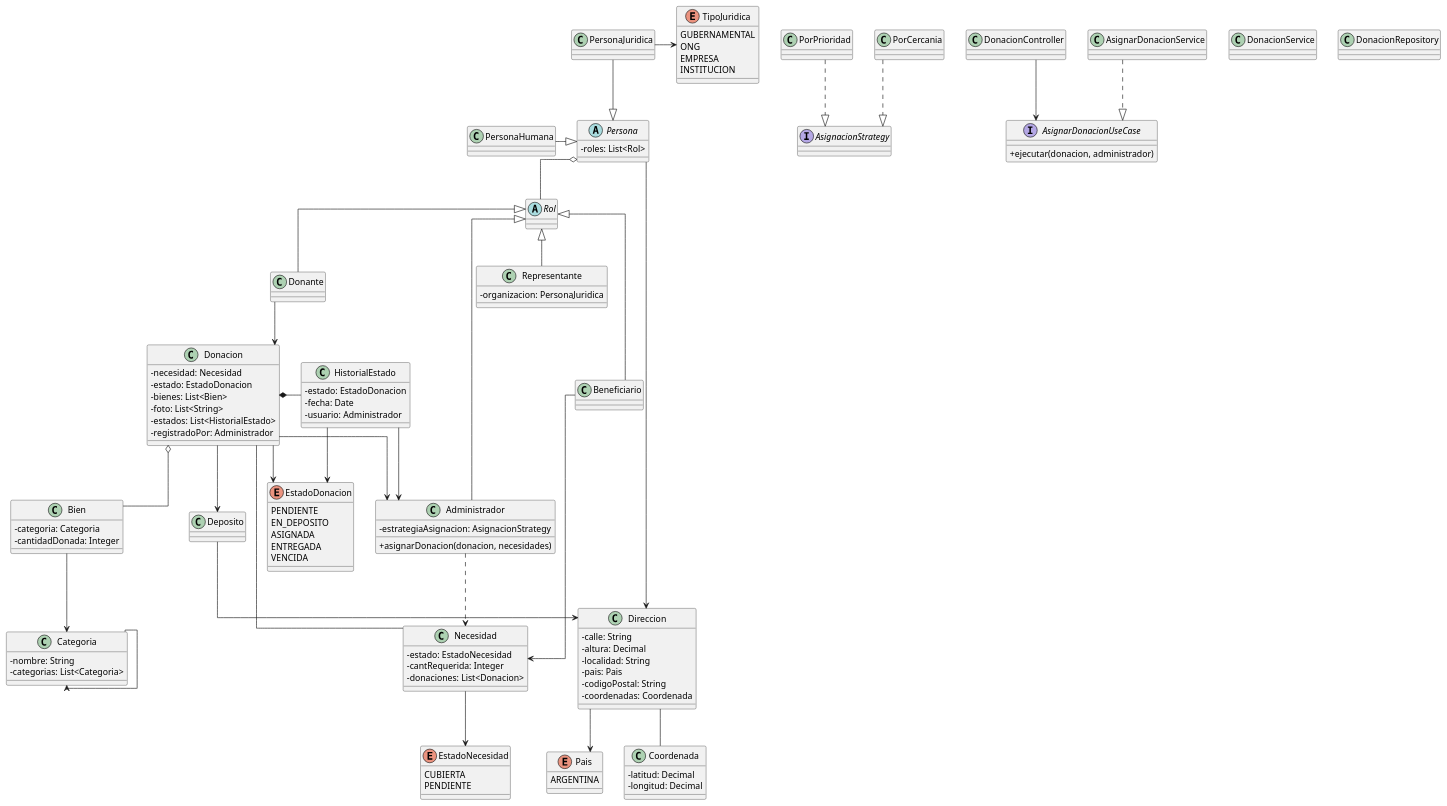
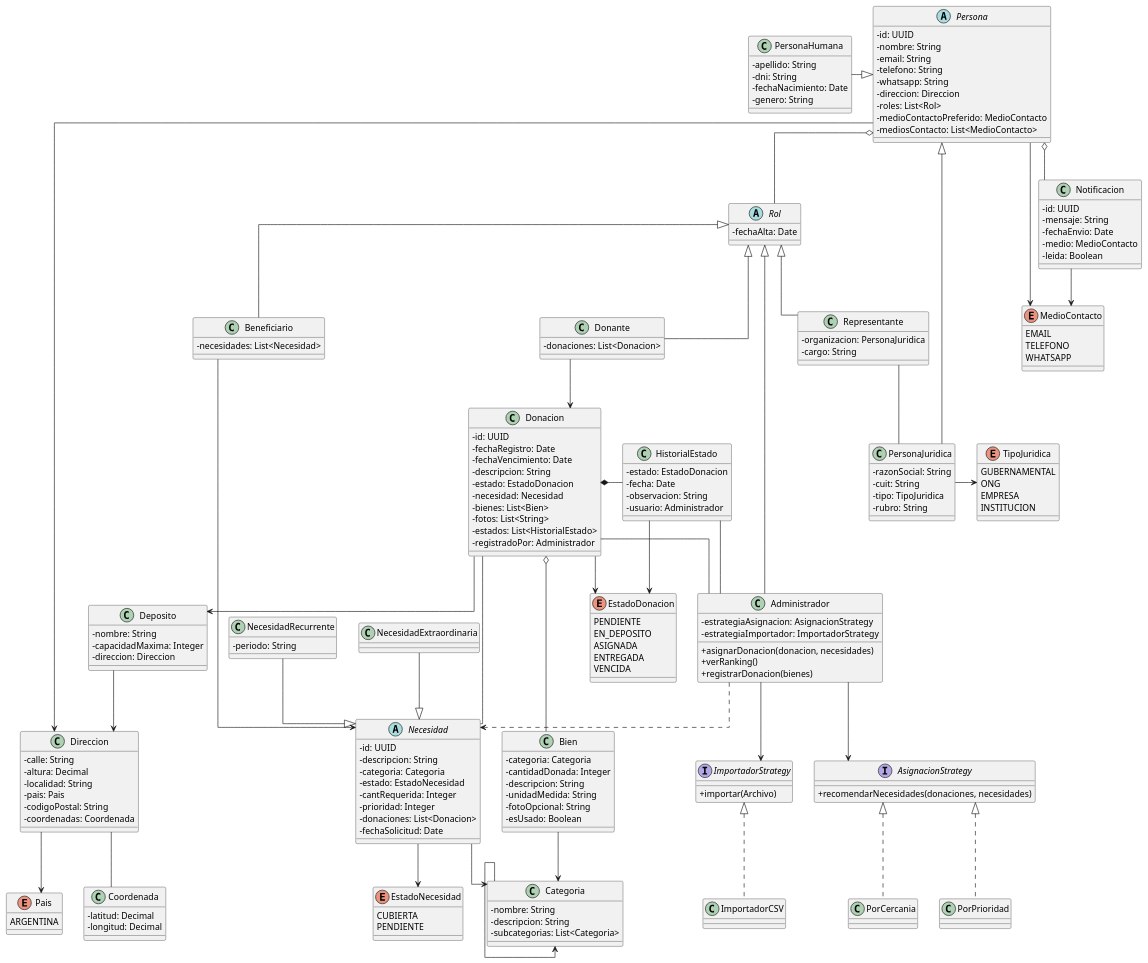
One commit to matefernandezcc/DonaTrack changed the diagram in diagramas/donaciones/ServicioDonacion.puml. Above: the diagram before and after it, drawn with PlantUML.

Commit message:
📃 Docs: Update diagrama Servicio Donaciones

```diff
--- a/diagramas/donaciones/ServicioDonacion.puml
+++ b/diagramas/donaciones/ServicioDonacion.puml
@@ -4,46 +4,69 @@
 
 ' ====== IDENTIDAD Y ROLES ======
 abstract class Persona {
+    - id: UUID
+    - nombre: String
+    - email: String
+    - telefono: String
+    - whatsapp: String
+    - direccion: Direccion
     - roles: List<Rol>
+    - medioContactoPreferido: MedioContacto
+    - mediosContacto: List<MedioContacto>
 }
 
-class PersonaHumana {}
-class PersonaJuridica {}
+class PersonaHumana {
+    - apellido: String
+    - dni: String
+    - fechaNacimiento: Date
+    - genero: String
+}
 
-PersonaHumana -|> Persona
-PersonaJuridica --|> Persona
+class PersonaJuridica {
+    - razonSocial: String
+    - cuit: String
+    - tipo: TipoJuridica
+    - rubro: String
+}
 
-abstract class Rol
+abstract class Rol {
+    - fechaAlta: Date
+}
 
 class Representante {
     - organizacion: PersonaJuridica
+    - cargo: String
 }
 
-class Beneficiario
-class Donante
-class Administrador{
-- estrategiaAsignacion: AsignacionStrategy
-+ asignarDonacion(donacion, necesidades)
+class Beneficiario {
+    - necesidades: List<Necesidad>
 }
 
-Administrador ..> Necesidad
+class Donante {
+    - donaciones: List<Donacion>
+}
 
-interface AsignacionStrategy
+class Administrador {
+    - estrategiaAsignacion: AsignacionStrategy
+    - estrategiaImportador: ImportadorStrategy
+    + asignarDonacion(donacion, necesidades)
+    + verRanking()
+    + registrarDonacion(bienes)
+}
+
+interface AsignacionStrategy {
+    + recomendarNecesidades(donaciones, necesidades)
+}
+
 class PorPrioridad
 class PorCercania
 
-PorPrioridad ..|> AsignacionStrategy
-PorCercania ..|> AsignacionStrategy
+interface ImportadorStrategy {
+    + importar(Archivo)
+}
 
+class ImportadorCSV
 
-Representante --up|> Rol
-Donante --up|> Rol
-Administrador --up|> Rol
-Beneficiario --up|> Rol
-
-Persona o-- Rol
-
-' ====== JURIDICA ======
 enum TipoJuridica {
     GUBERNAMENTAL
     ONG
@@ -51,67 +74,75 @@
     INSTITUCION
 }
 
-PersonaJuridica -> TipoJuridica
+enum MedioContacto {
+    EMAIL
+    TELEFONO
+    WHATSAPP
+}
+
+
 
 ' ====== LOCALIZACION ======
 class Direccion {
-- calle: String
-- altura: Decimal
-- localidad: String
-- pais: Pais
-- codigoPostal: String
-- coordenadas: Coordenada
+    - calle: String
+    - altura: Decimal
+    - localidad: String
+    - pais: Pais
+    - codigoPostal: String
+    - coordenadas: Coordenada
 }
 
 class Coordenada {
-- latitud: Decimal
-- longitud: Decimal
+    - latitud: Decimal
+    - longitud: Decimal
 }
 
 class Deposito {
+    - nombre: String
+    - capacidadMaxima: Integer
+    - direccion: Direccion
 }
-Deposito --> Direccion
 
 enum Pais {
     ARGENTINA
 }
 
-Direccion --> Pais
-Persona --> Direccion
-Direccion -- Coordenada
 
 ' ====== DONACION Y BIENES ======
 class Donacion {
-- necesidad: Necesidad
-- estado: EstadoDonacion
-- bienes: List<Bien>
-- foto: List<String>
-- estados: List<HistorialEstado>
-- registradoPor: Administrador
+    - id: UUID
+    - fechaRegistro: Date
+    - fechaVencimiento: Date
+    - descripcion: String
+    - estado: EstadoDonacion
+    - necesidad: Necesidad
+    - bienes: List<Bien>
+    - fotos: List<String>
+    - estados: List<HistorialEstado>
+    - registradoPor: Administrador
 }
 
 class Bien {
-- categoria: Categoria
-- cantidadDonada: Integer
+    - categoria: Categoria
+    - cantidadDonada: Integer
+    - descripcion: String
+    - unidadMedida: String
+    - fotoOpcional: String
+    - esUsado: Boolean
 }
 
-class Categoria{
-- nombre: String
-- categorias: List<Categoria>
+class Categoria {
+    - nombre: String
+    - descripcion: String
+    - subcategorias: List<Categoria>
 }
 
-class HistorialEstado{
-- estado: EstadoDonacion
-- fecha: Date
-- usuario: Administrador
+class HistorialEstado {
+    - estado: EstadoDonacion
+    - fecha: Date
+    - observacion: String
+    - usuario: Administrador
 }
-
-
-HistorialEstado --> Administrador
-HistorialEstado --> EstadoDonacion
-
-Bien --> Categoria
-Categoria --> Categoria
 
 enum EstadoDonacion {
     PENDIENTE
@@ -121,23 +152,23 @@
     VENCIDA
 }
 
-Donacion --> Administrador
-Donacion *- HistorialEstado
-Donacion -- Necesidad
-Donacion --> Deposito
-Donacion --> EstadoDonacion
-Donacion o-- Bien
-
-'note bottom of Bien
-'posible patron composite porq hay
-'Categorias y Subcategorias
-'end note
 
 ' ====== DOMINIO DONACIONES ======
-class Necesidad {
-- estado: EstadoNecesidad
-- cantRequerida: Integer
-- donaciones: List<Donacion>
+abstract class Necesidad {
+    - id: UUID
+    - descripcion: String
+    - categoria: Categoria
+    - estado: EstadoNecesidad
+    - cantRequerida: Integer
+    - prioridad: Integer
+    - donaciones: List<Donacion>
+    - fechaSolicitud: Date
+}
+
+class NecesidadExtraordinaria {}
+
+class NecesidadRecurrente {
+    - periodo: String 
 }
 
 enum EstadoNecesidad {
@@ -145,23 +176,67 @@
     PENDIENTE
 }
 
-Necesidad --> EstadoNecesidad
-Donante --> Donacion
-Beneficiario -> Necesidad
-
-' ====== Ports y Adapters ======
-class DonacionController {}
-class DonacionService {}
-class DonacionRepository {}
-
-DonacionController --> AsignarDonacionUseCase
-AsignarDonacionService ..|> AsignarDonacionUseCase
-
-interface AsignarDonacionUseCase{
-+ ejecutar(donacion, administrador)
+class Notificacion {
+    - id: UUID
+    - mensaje: String
+    - fechaEnvio: Date
+    - medio: MedioContacto
+    - leida: Boolean
 }
 
+Persona o-- Notificacion
+Notificacion --> MedioContacto
 
 
+' ====== RELACIONES ======
+
+PersonaHumana -|> Persona
+PersonaJuridica --|> Persona
+
+Representante -- PersonaJuridica
+Representante --up|> Rol
+Donante --up|> Rol
+Administrador --up|> Rol
+Beneficiario --up|> Rol
+
+Persona o-- Rol
+Persona --> MedioContacto
+
+PersonaJuridica -> TipoJuridica
+
+Administrador --> ImportadorStrategy
+Administrador --> AsignacionStrategy
+Administrador ..> Necesidad
+
+PorPrioridad ..up|> AsignacionStrategy
+PorCercania ..up|> AsignacionStrategy
+
+ImportadorCSV ..up|> ImportadorStrategy
+
+Deposito --> Direccion
+Direccion --> Pais
+Direccion -- Coordenada
+Persona --> Direccion
+
+HistorialEstado -- Administrador
+HistorialEstado --> EstadoDonacion
+
+Bien --> Categoria
+Categoria --> Categoria
+
+Donacion -- Administrador
+Donacion *- HistorialEstado
+Donacion -- Necesidad
+Donacion --> Deposito
+Donacion --> EstadoDonacion
+Donacion o-- Bien
+
+Necesidad --> Categoria
+Necesidad --> EstadoNecesidad
+NecesidadExtraordinaria --|> Necesidad
+NecesidadRecurrente --|> Necesidad
+
+Donante --> Donacion
+Beneficiario --> Necesidad
 
 @enduml
```
